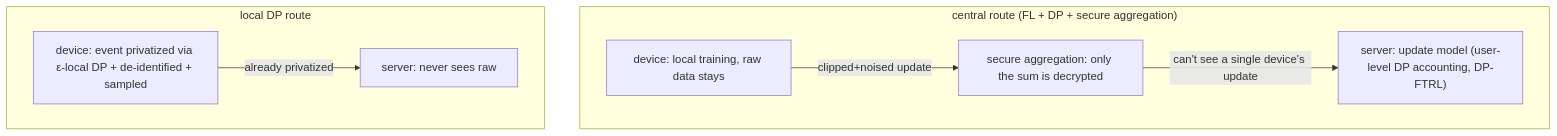
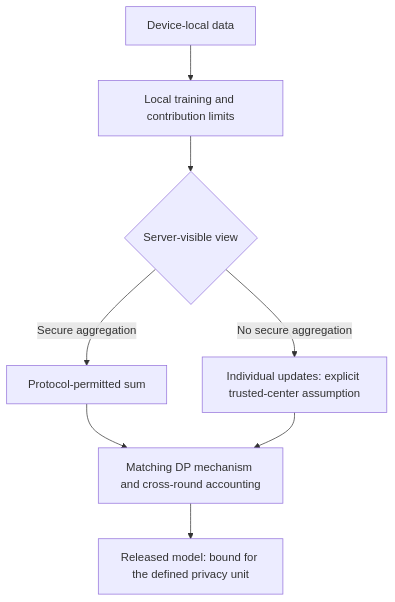
The diagram in i18n/en/docusaurus-plugin-content-docs-privacy/current/05-frontier-deployment/dp-federated-learning.mdx (XuebinMa/AIWiki), drawn with Mermaid before and after one commit. The commit also changed other lines of this file and 325 other files, not shown here.

````diff
--- a/i18n/en/docusaurus-plugin-content-docs-privacy/current/05-frontier-deployment/dp-federated-learning.mdx
+++ b/i18n/en/docusaurus-plugin-content-docs-privacy/current/05-frontier-deployment/dp-federated-learning.mdx
@@ -36,10 +34,10 @@
 ```mermaid
 flowchart TB
-    subgraph Central["central route (FL + DP + secure aggregation)"]
-      Dev["device: local training, raw data stays"] -->|clipped+noised update| SA["secure aggregation: only the sum is decrypted"]
-      SA -->|can't see a single device's update| Srv["server: update model (user-level DP accounting, DP-FTRL)"]
-    end
-    subgraph Local["local DP route"]
-      D2["device: event privatized via ε-local DP + de-identified + sampled"] -->|already privatized| Srv2["server: never sees raw"]
-    end
+    D["Device-local data"] --> U["Local training and contribution limits"]
+    U --> V{"Server-visible view"}
+    V -->|Secure aggregation| S["Protocol-permitted sum"]
+    V -->|No secure aggregation| I["Individual updates: explicit trusted-center assumption"]
+    S --> P["Matching DP mechanism and cross-round accounting"]
+    I --> P
+    P --> M["Released model: bound for the defined privacy unit"]
 ```
````
